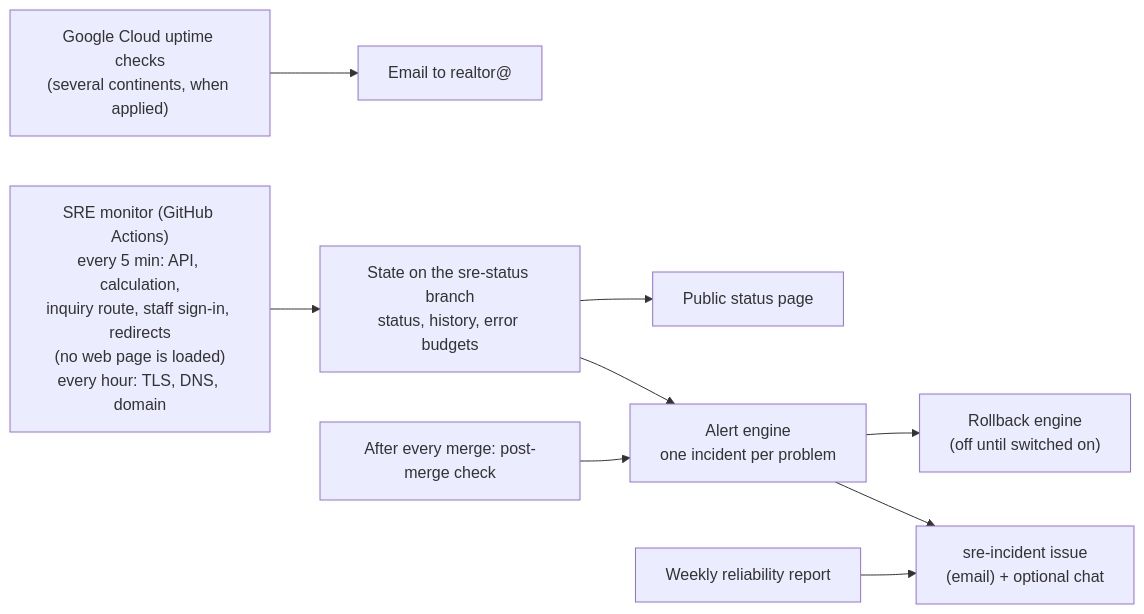
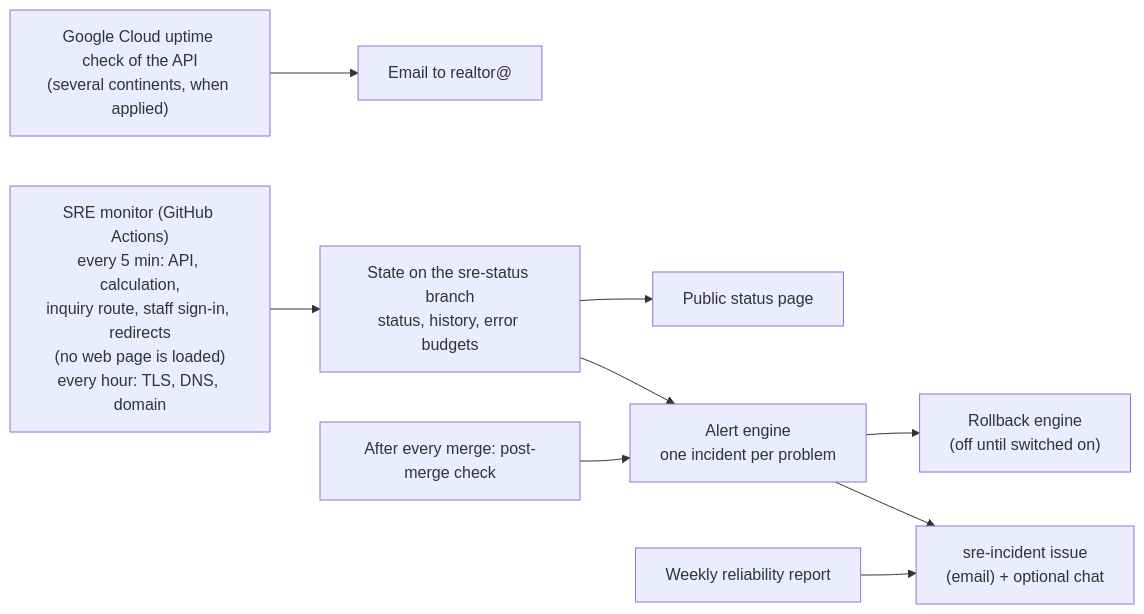
The diagram in docs/sre/README.md (Ggeorge73/DiamondEcho), drawn with Mermaid before and after one commit. The commit also changed other lines of this file and 17 other files, not shown here.

First line of the commit message:
SRE: the Google Cloud uptime plan checks the API only

````diff
--- a/docs/sre/README.md
+++ b/docs/sre/README.md
@@ -16,11 +16,11 @@
 ```mermaid
 flowchart LR
     M["SRE monitor (GitHub Actions)<br/>every 5 min: API, calculation,<br/>inquiry route, staff sign-in, redirects<br/>(no web page is loaded)<br/>every hour: TLS, DNS, domain"] --> S["State on the sre-status branch<br/>status, history, error budgets"]
     S --> A["Alert engine<br/>one incident per problem"]
     A --> I["sre-incident issue<br/>(email) + optional chat"]
     S --> P["Public status page"]
     A --> R["Rollback engine<br/>(off until switched on)"]
-    G["Google Cloud uptime checks<br/>(several continents, when applied)"] --> E["Email to realtor@"]
+    G["Google Cloud uptime check of the API<br/>(several continents, when applied)"] --> E["Email to realtor@"]
     D["After every merge: post-merge check"] --> A
     W["Weekly reliability report"] --> I
 ```
````
